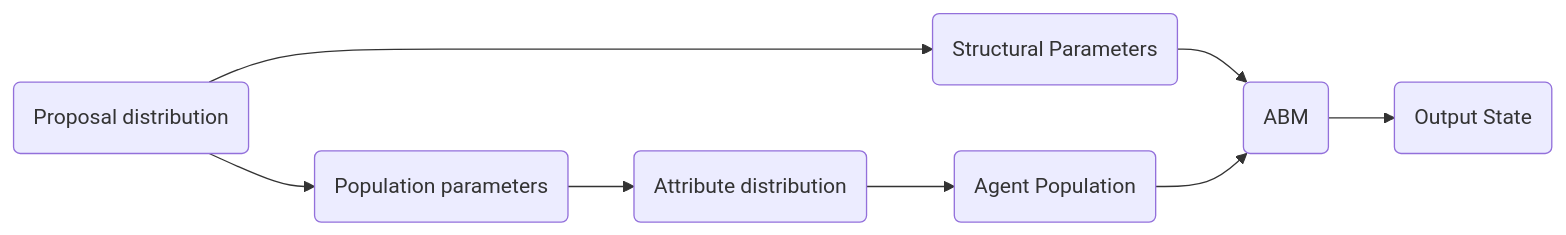
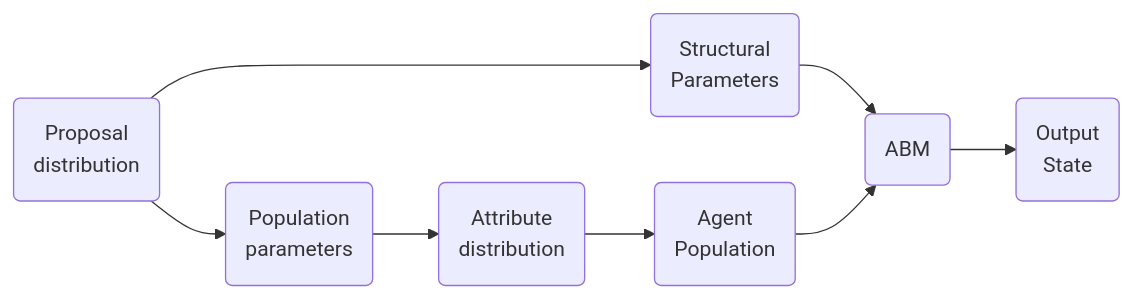
One commit to nb8g13/nb8g13.github.io changed the second of 2 diagrams in _posts/2024-07-22-population-synthesis.markdown. Above: the diagram before and after it, drawn with Mermaid.

````diff
--- a/_posts/2024-07-22-population-synthesis.markdown
+++ b/_posts/2024-07-22-population-synthesis.markdown
@@ -53,17 +53,23 @@
 ```mermaid
 graph LR
-    prop("Proposal distribution")
-    param("Population parameters")
-    attr("Attribute distribution")
-    struct("Structural Parameters")
-    pop("Agent Population")
+    prop("`Proposal 
+    distribution`")
+    param("`Population 
+    parameters`")
+    attr("`Attribute 
+    distribution`")
+    struct("`Structural 
+    Parameters`")
+    pop("`Agent 
+    Population`")
     sim("ABM")
-    state("Output State")
+    state("`Output 
+    State`")
 
     prop --> param & struct
     param --> attr
     attr --> pop
     struct & pop --> sim
     sim --> state
 
 ```
````
